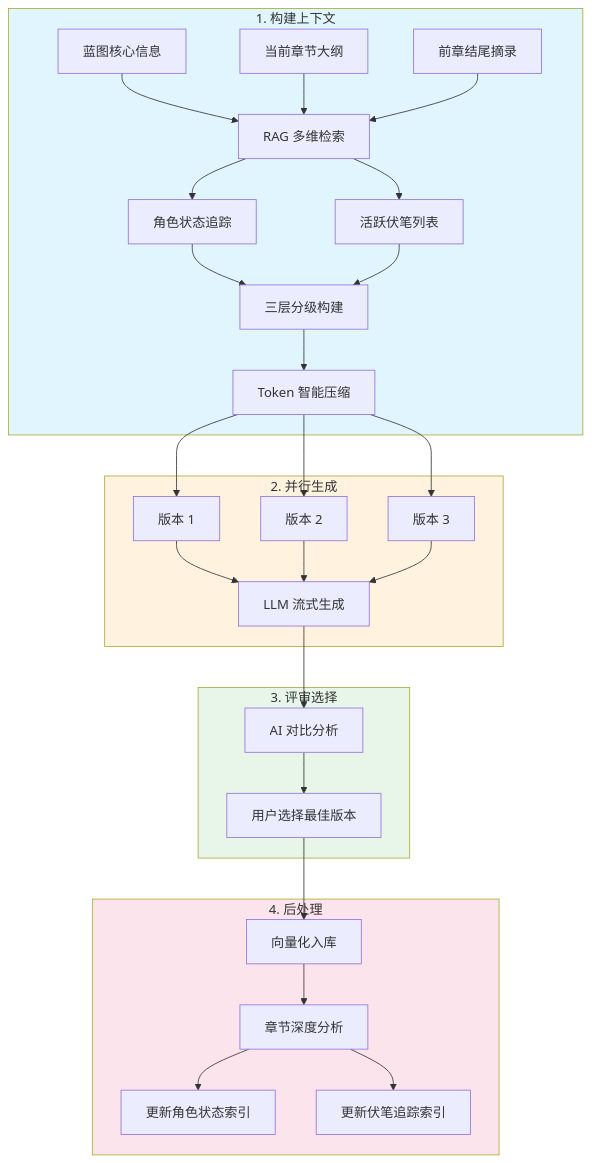
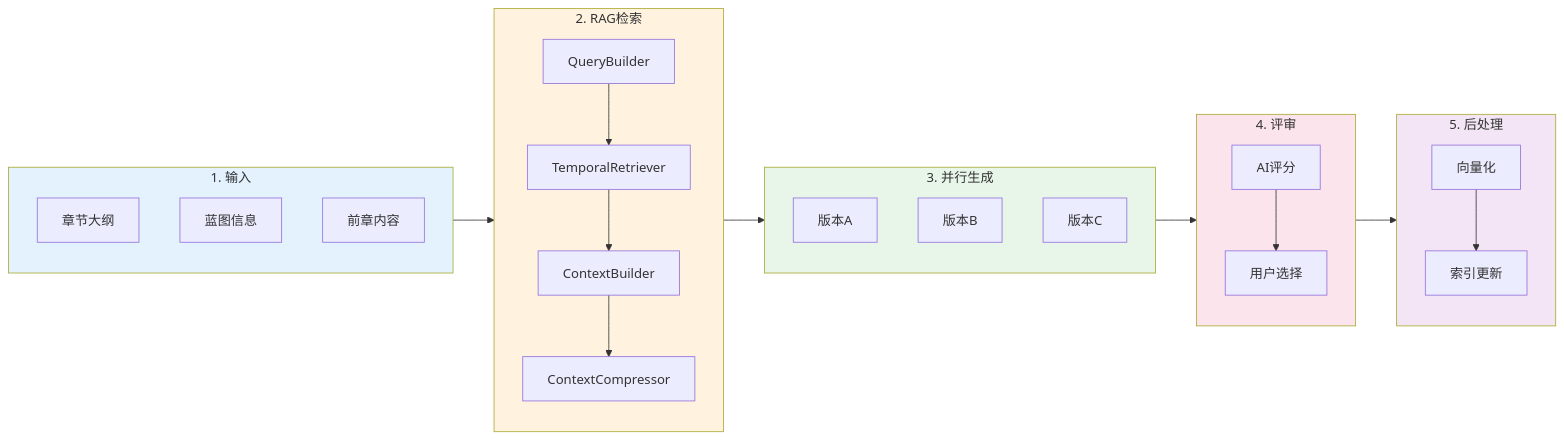
The second of 6 diagrams in README.md (GTJasonMK/AFN), drawn with Mermaid before and after one commit. The commit also changed other lines of this file, not shown here.

````diff
--- a/README.md
+++ b/README.md
@@ -156,39 +157,36 @@
 ```mermaid
-flowchart TB
-    subgraph 构建上下文["1. 构建上下文"]
-        A1[蓝图核心信息] --> B1[RAG 多维检索]
-        A2[当前章节大纲] --> B1
-        A3[前章结尾摘录] --> B1
-        B1 --> C1[角色状态追踪]
-        B1 --> C2[活跃伏笔列表]
-        C1 --> D1[三层分级构建]
-        C2 --> D1
-        D1 --> E1[Token 智能压缩]
+flowchart LR
+    subgraph A["1. 输入"]
+        A1["章节大纲"]
+        A2["蓝图信息"]
+        A3["前章内容"]
     end
 
-    subgraph 并行生成["2. 并行生成"]
-        E1 --> F1[版本 1]
-        E1 --> F2[版本 2]
-        E1 --> F3[版本 3]
-        F1 --> G1[LLM 流式生成]
-        F2 --> G1
-        F3 --> G1
+    subgraph B["2. RAG检索"]
+        B1["QueryBuilder"] --> B2["TemporalRetriever"]
+        B2 --> B3["ContextBuilder"]
+        B3 --> B4["ContextCompressor"]
     end
 
-    subgraph 评审选择["3. 评审选择"]
-        G1 --> H1[AI 对比分析]
-        H1 --> H2[用户选择最佳版本]
+    subgraph C["3. 并行生成"]
+        C1["版本A"]
+        C2["版本B"]
+        C3["版本C"]
     end
 
-    subgraph 后处理["4. 后处理"]
-        H2 --> I1[向量化入库]
-        I1 --> I2[章节深度分析]
-        I2 --> I3[更新角色状态索引]
-        I2 --> I4[更新伏笔追踪索引]
+    subgraph D["4. 评审"]
+        D1["AI评分"] --> D2["用户选择"]
     end
 
-    style 构建上下文 fill:#e1f5fe
-    style 并行生成 fill:#fff3e0
-    style 评审选择 fill:#e8f5e9
-    style 后处理 fill:#fce4ec
+    subgraph E["5. 后处理"]
+        E1["向量化"] --> E2["索引更新"]
+    end
+
+    A --> B --> C --> D --> E
+
+    style A fill:#e3f2fd
+    style B fill:#fff3e0
+    style C fill:#e8f5e9
+    style D fill:#fce4ec
+    style E fill:#f3e5f5
 ```
````
